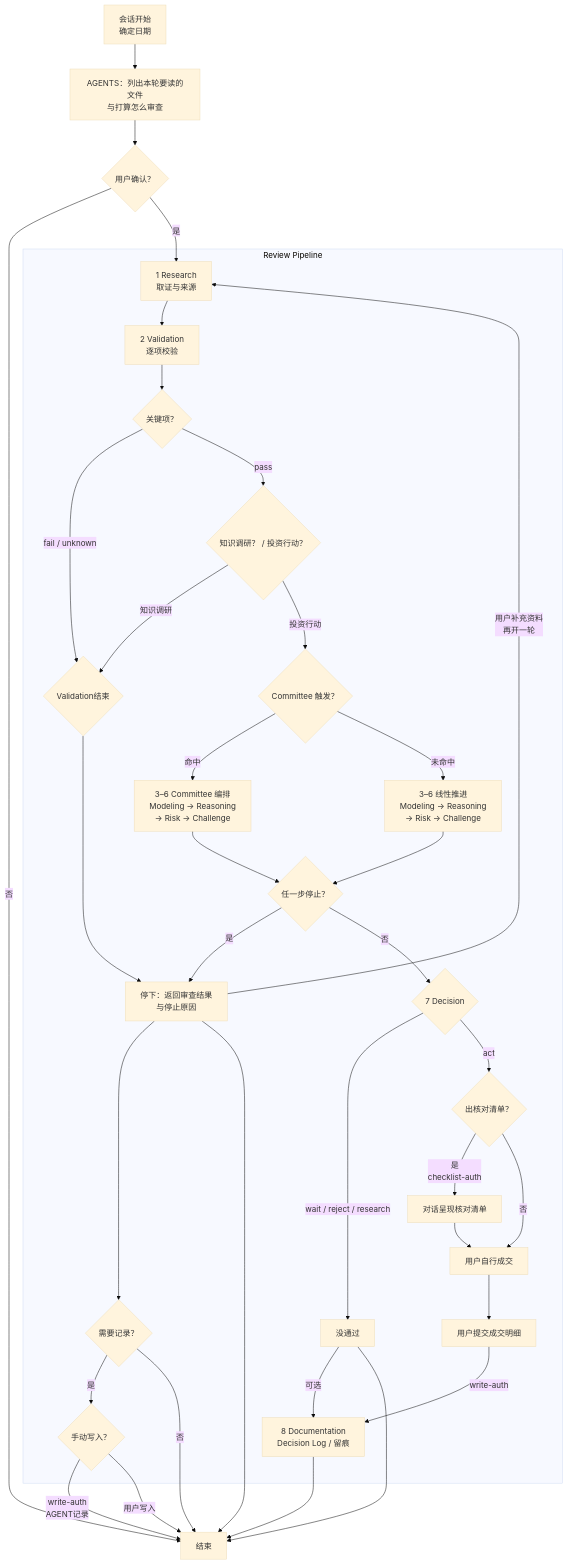
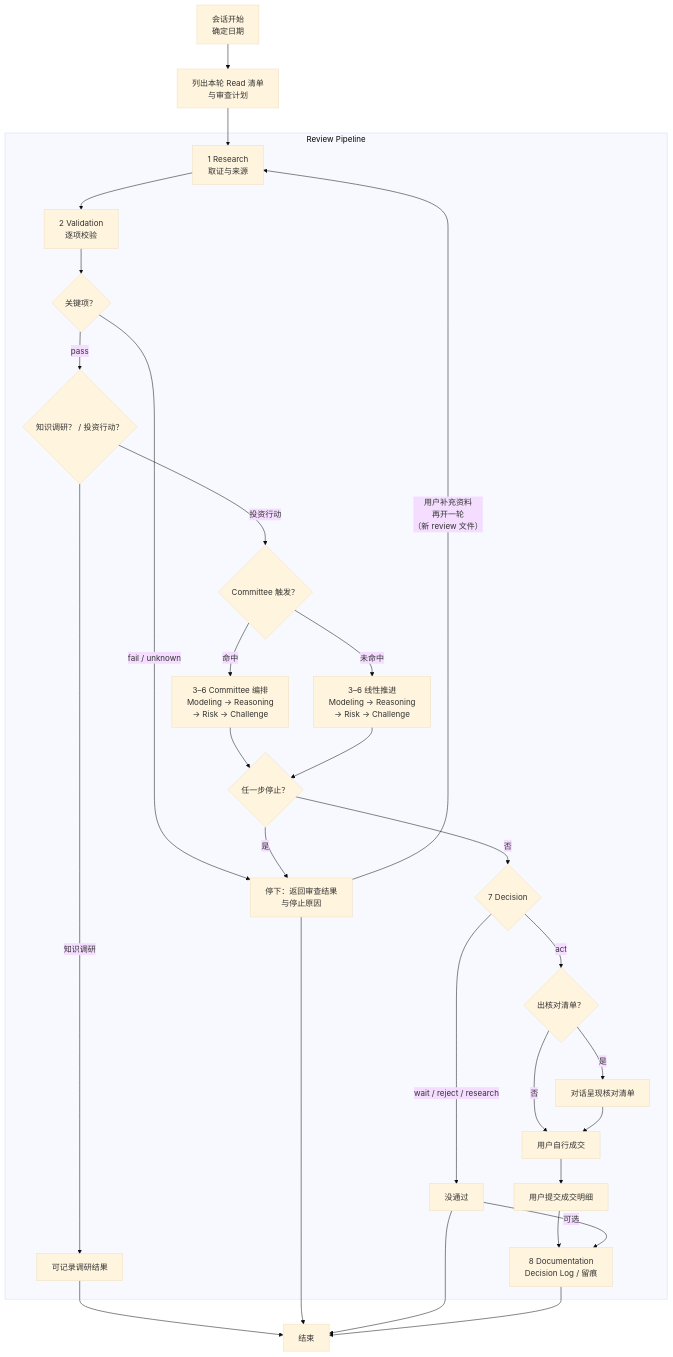
One commit to Meta11ic0/PIOS changed the first of 2 diagrams in ARCHITECTURE.md. Above: the diagram before and after it, drawn with Mermaid (base theme). The commit also changed other lines of this file and 25 other files, not shown here.

````diff
--- a/ARCHITECTURE.md
+++ b/ARCHITECTURE.md
@@ -116,42 +109,34 @@
 ```mermaid
 flowchart TD
- S["会话开始<br/>确定日期"] --> Load["AGENTS：列出本轮要读的文件<br/>与打算怎么审查"]
- Load --> Confirm{"用户确认？"}
- Confirm -->|否| End["结束"]
- Confirm -->|是| R["1 Research<br/>取证与来源"]
+ S["会话开始<br/>确定日期"] --> Plan["列出本轮 Read 清单<br/>与审查计划"]
+ Plan --> R["1 Research<br/>取证与来源"]
 
  subgraph RP["Review Pipeline"]
   R --> V["2 Validation<br/>逐项校验"]
   V --> Check{"关键项？"}
-  Check -->|fail / unknown| ResOut{"Validation结束"}
-  Stop["停下：返回审查结果<br/>与停止原因"]
+  Check -->|fail / unknown| Stop
   Check -->|pass| Fork{"知识调研？ / 投资行动？"}
-  Fork -->|知识调研| ResOut
+  Fork -->|知识调研| Done["可记录调研结果"]
   Fork -->|投资行动| C{"Committee 触发？"}
   C -->|命中| C36["3–6 Committee 编排<br/>Modeling → Reasoning<br/>→ Risk → Challenge"]
   C -->|未命中| L36["3–6 线性推进<br/>Modeling → Reasoning<br/> → Risk → Challenge"]
   C36 --> Mid{"任一步停止？"}
   L36 --> Mid
-  Mid -->|是| Stop
+  Mid -->|是| Stop["停下：返回审查结果<br/>与停止原因"]
   Mid -->|否| DC{"7 Decision"}
-  ResOut --> Stop
   DC -->|wait / reject / research| ED["没通过"]
   DC -->|act| CL{"出核对清单？"}
-  CL -->|是<br/>checklist-auth| LI["对话呈现核对清单"]
+  CL -->|是| LI["对话呈现核对清单"]
   CL -->|否| BK["用户自行成交"]
   LI --> BK
   BK --> WB["用户提交成交明细"]
-  WB --> |write-auth| Doc8["8 Documentation<br/>Decision Log / 留痕"]
-  Stop -->|"用户补充资料<br/>再开一轮"|R
-  Stop --> WRQ{"需要记录？"}
-  WRQ --> |是|UW{"手动写入？"}
+  WB --> Doc8["8 Documentation<br/>Decision Log / 留痕"]
+  Stop -->|"用户补充资料<br/>再开一轮<br/>（新 review 文件）"|R
   ED --> |可选|Doc8
  end
 
+ Done -->End["结束"]
  Stop -->End
- WRQ --> |否| End
- UW --> |write-auth<br/>AGENT记录|End
- UW --> |用户写入|End
  ED --> End
  Doc8 --> End
 ```
````
